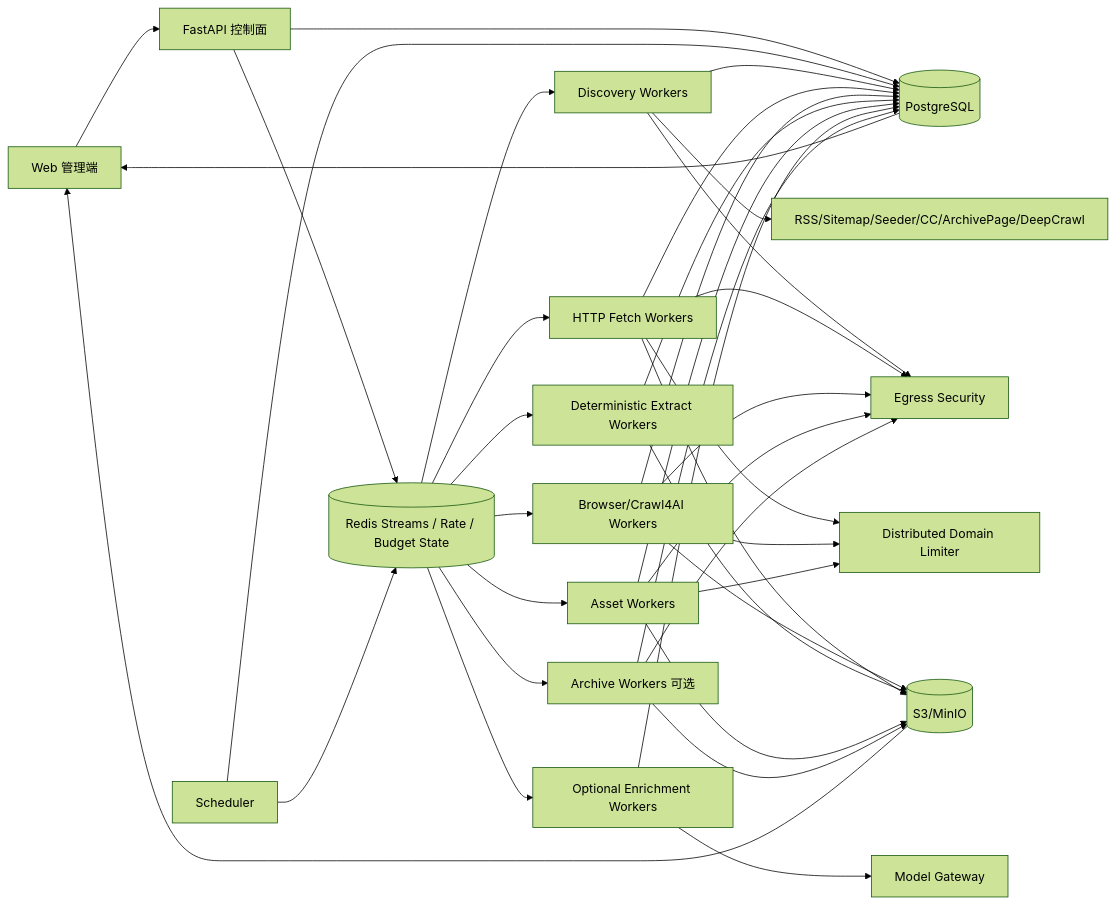
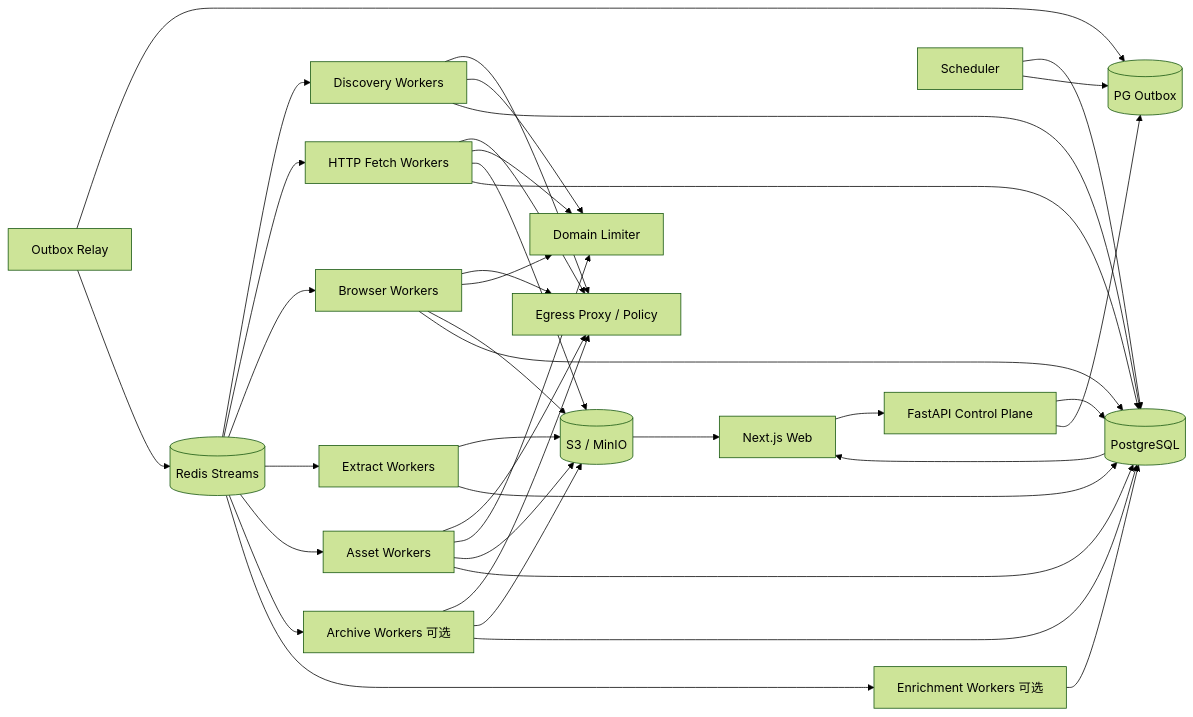
Before and after one commit to WorkerXu/my-doc: the diagram in 博客知识库技术方案.md, drawn with Mermaid (forest theme). The commit also changed other lines of this file, not shown here.

Commit message:
docs: refine scalable blog knowledge base architecture

````diff
--- a/博客知识库技术方案.md
+++ b/博客知识库技术方案.md
@@ -56,46 +58,47 @@
 ```mermaid
 flowchart LR
-    UI[Web 管理端] --> API[FastAPI 控制面]
+    UI[Next.js Web] --> API[FastAPI Control Plane]
     API --> PG[(PostgreSQL)]
-    API --> REDIS[(Redis Streams / Rate / Budget State)]
+    API --> OUTBOX[(PG Outbox)]
 
     SCHED[Scheduler] --> PG
-    SCHED --> REDIS
+    SCHED --> OUTBOX
+    RELAY[Outbox Relay] --> OUTBOX
+    RELAY --> REDIS[(Redis Streams)]
 
     REDIS --> DISC[Discovery Workers]
     REDIS --> HF[HTTP Fetch Workers]
-    REDIS --> BF[Browser/Crawl4AI Workers]
-    REDIS --> EX[Deterministic Extract Workers]
+    REDIS --> BF[Browser Workers]
+    REDIS --> EX[Extract Workers]
     REDIS --> ASSET[Asset Workers]
-    REDIS --> EN[Optional Enrichment Workers]
     REDIS --> ARCH[Archive Workers 可选]
+    REDIS --> EN[Enrichment Workers 可选]
 
-    DISC --> PROVIDERS[RSS/Sitemap/Seeder/CC/ArchivePage/DeepCrawl]
-    DISC --> EGRESS[Egress Security]
+    DISC --> EGRESS[Egress Proxy / Policy]
     HF --> EGRESS
     BF --> EGRESS
     ASSET --> EGRESS
     ARCH --> EGRESS
 
-    HF --> LIMIT[Distributed Domain Limiter]
+    HF --> LIMIT[Domain Limiter]
     BF --> LIMIT
+    DISC --> LIMIT
     ASSET --> LIMIT
 
-    HF --> S3[(S3/MinIO)]
+    HF --> S3[(S3 / MinIO)]
     BF --> S3
     EX --> S3
     ASSET --> S3
     ARCH --> S3
-    EN --> LLMGW[Model Gateway]
 
     DISC --> PG
     HF --> PG
     BF --> PG
     EX --> PG
     ASSET --> PG
+    ARCH --> PG
     EN --> PG
-    ARCH --> PG
 
     PG --> UI
     S3 --> UI
 ```
````
